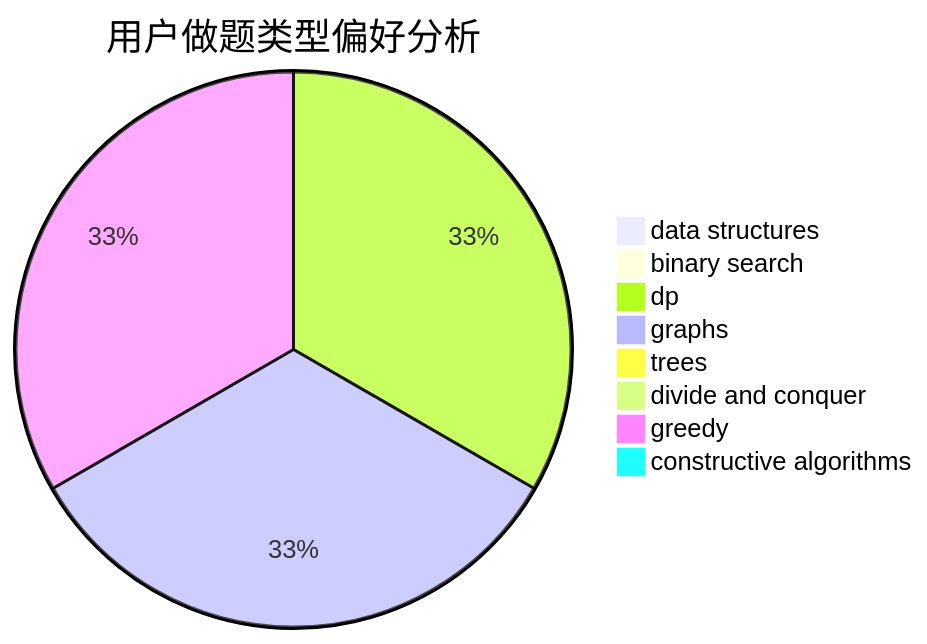
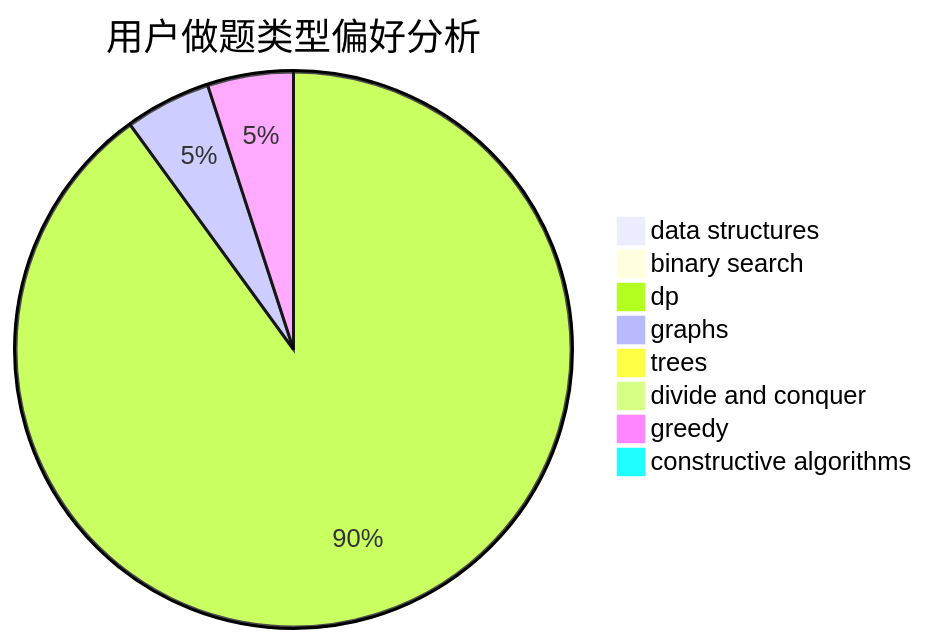
One commit to sherpahu/cfrs.github.io changed the second of 3 diagrams in docs/user/u757.md. Above: the diagram before and after it, drawn with Mermaid. The commit also changed other lines of this file and 2770 other files, not shown here.

````diff
--- a/docs/user/u757.md
+++ b/docs/user/u757.md
@@ -23,11 +23,11 @@
 ```mermaid
 pie title 用户做题类型偏好分析
     "data structures" :  0
     "binary search" :  0
-    "dp" :  2
-    "graphs" :  2
+    "dp" :  18
+    "graphs" :  1
     "trees" :  0
     "divide and conquer" :  0
-    "greedy" :  2
+    "greedy" :  1
     "constructive algorithms" :  0
 ```
````
